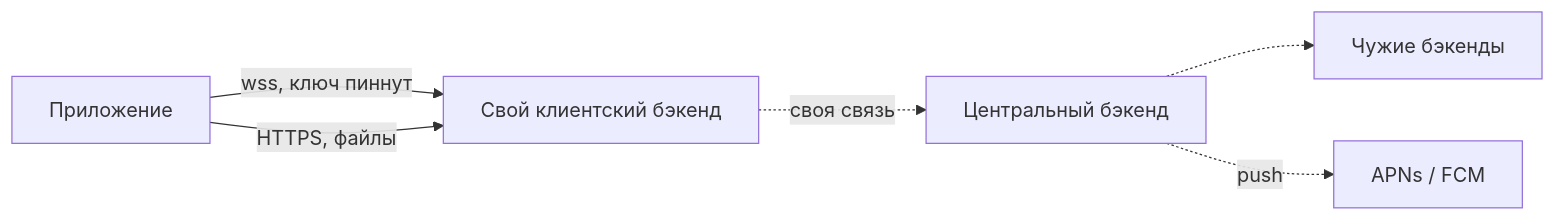
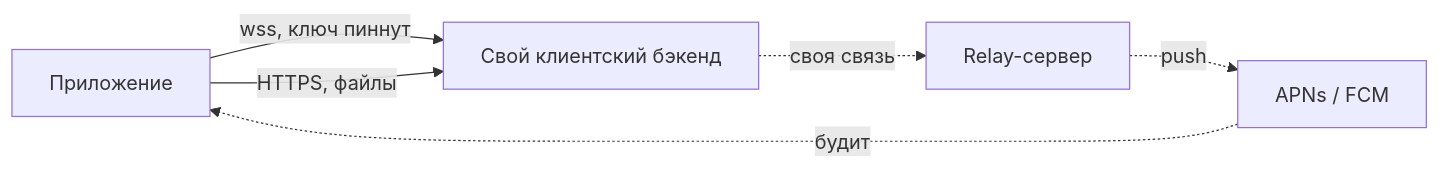
The first of 3 diagrams in docs/preview/client-backend-connect/client-backend-connect-preview.md (cyphernet-labs/nox-app), drawn with Mermaid before and after one commit. The commit also changed other lines of this file and 7 other files, not shown here.

First line of the commit message:
docs(preview): rename the central backend to relay, trim the diagram, justify push placement

````diff
--- a/docs/preview/client-backend-connect/client-backend-connect-preview.md
+++ b/docs/preview/client-backend-connect/client-backend-connect-preview.md
@@ -25,8 +25,8 @@
 ```mermaid
 flowchart LR
   APP["Приложение"] -->|"wss, ключ пиннут"| CB["Свой клиентский бэкенд"]
   APP -->|"HTTPS, файлы"| CB
-  CB -.->|"своя связь"| CENTRAL["Центральный бэкенд"]
-  CENTRAL -.-> OTHER["Чужие бэкенды"]
-  CENTRAL -.->|"push"| APNS["APNs / FCM"]
+  CB -.->|"своя связь"| RELAY["Relay-сервер"]
+  RELAY -.->|"push"| APNS["APNs / FCM"]
+  APNS -.->|"будит"| APP
 ```
````
